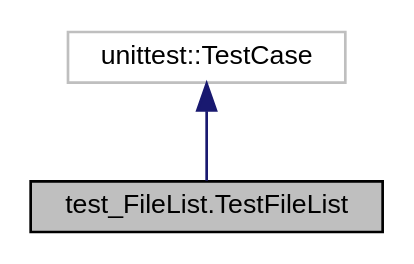
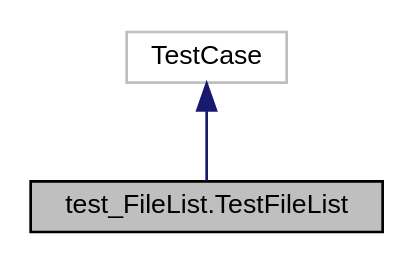
The diagram in docs/classtest__FileList_1_1TestFileList__inherit__graph.dot (CodeMonk/dBackup), drawn with Graphviz before and after one commit. The commit also changed 111 other files, not shown here.

```diff
--- a/docs/classtest__FileList_1_1TestFileList__inherit__graph.dot
+++ b/docs/classtest__FileList_1_1TestFileList__inherit__graph.dot
@@ -1,8 +1,8 @@
 digraph "test_FileList.TestFileList"
 {
   edge [fontname="Helvetica",fontsize="10",labelfontname="Helvetica",labelfontsize="10"];
   node [fontname="Helvetica",fontsize="10",shape=record];
   Node1 [label="test_FileList.TestFileList",height=0.2,width=0.4,color="black", fillcolor="grey75", style="filled", fontcolor="black"];
   Node2 -> Node1 [dir="back",color="midnightblue",fontsize="10",style="solid",fontname="Helvetica"];
-  Node2 [label="unittest::TestCase",height=0.2,width=0.4,color="grey75", fillcolor="white", style="filled"];
+  Node2 [label="TestCase",height=0.2,width=0.4,color="grey75", fillcolor="white", style="filled"];
 }
```
